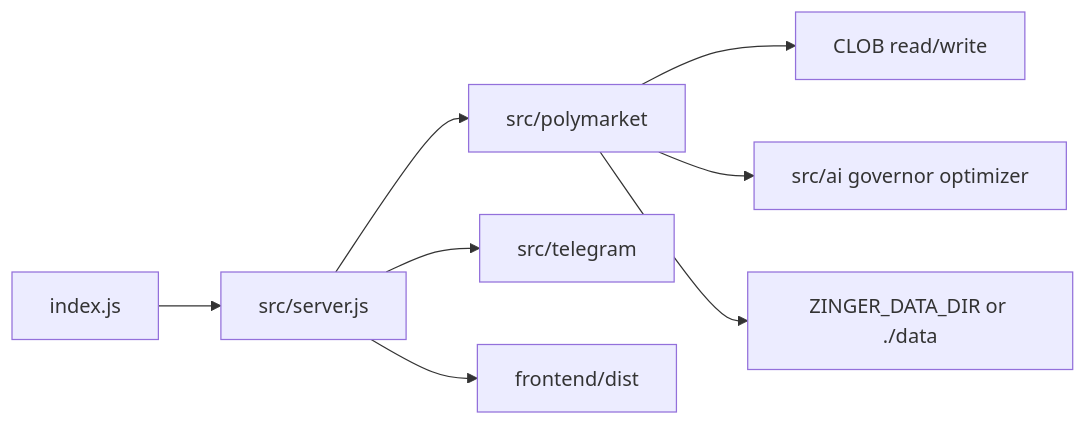
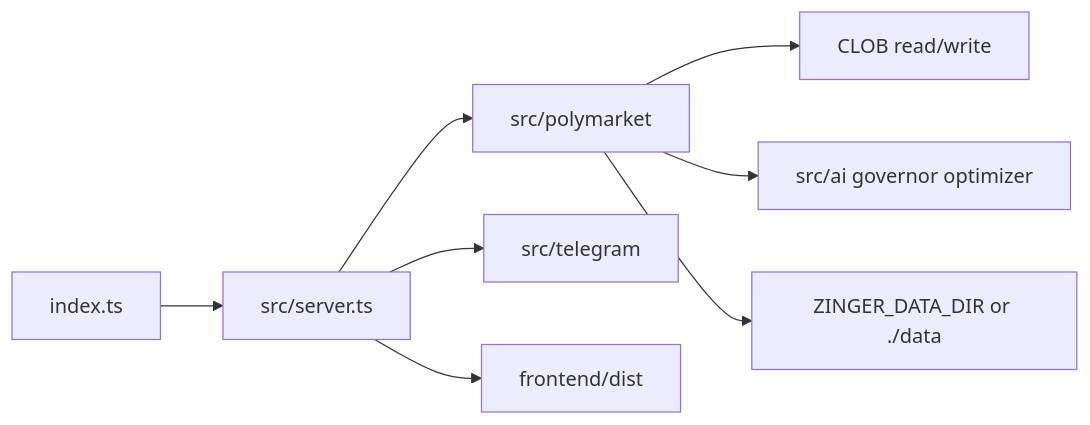
One commit to David-glitc/zinger-core changed the diagram in docs/architecture.md. Above: the diagram before and after it, drawn with Mermaid. The commit also changed 205 other files, not shown here.

````diff
--- a/docs/architecture.md
+++ b/docs/architecture.md
@@ -7,10 +7,10 @@
 ```mermaid
 flowchart LR
-  entry[index.js] --> server[src/server.js]
+  entry[index.ts] --> server[src/server.ts]
   server --> poly[src/polymarket]
   server --> tg[src/telegram]
   server --> ui[frontend/dist]
   poly --> clob[CLOB read/write]
   poly --> ai[src/ai governor optimizer]
   poly --> dataDir[ZINGER_DATA_DIR or ./data]
 ```
````
